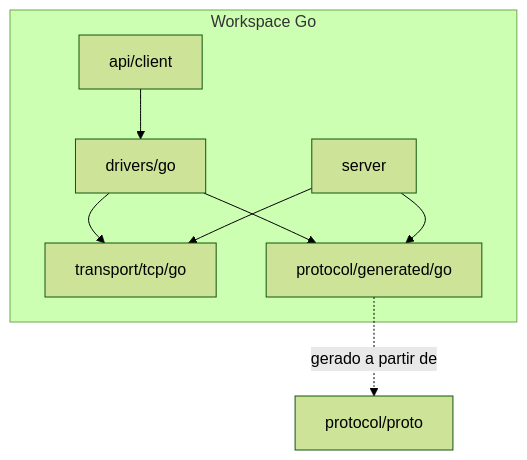
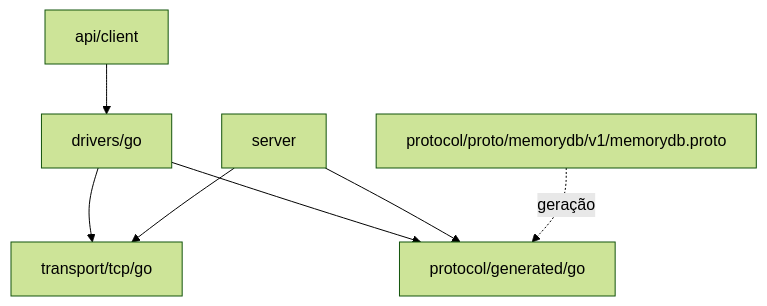
One commit to pescador95/memorydb changed the first of 3 diagrams in docs/tecnica/ARQUITETURA.md. Above: the diagram before and after it, drawn with Mermaid (forest theme). The commit also changed other lines of this file and 4 other files, not shown here.

````diff
--- a/docs/tecnica/ARQUITETURA.md
+++ b/docs/tecnica/ARQUITETURA.md
@@ -28,19 +42,12 @@
 ```mermaid
-flowchart TB
-    subgraph Workspace["Workspace Go"]
-        API["api/client"]
-        Driver["drivers/go"]
-        Server["server"]
-        TCP["transport/tcp/go"]
-        Proto["protocol/generated/go"]
-    end
+flowchart TD
+    API["api/client"] --> Driver["drivers/go"]
+    Driver --> TCP["transport/tcp/go"]
+    Driver --> Generated["protocol/generated/go"]
 
-    Schema["protocol/proto"]
+    Server["server"] --> TCP
+    Server --> Generated
 
-    API --> Driver
-    Driver --> TCP
-    Driver --> Proto
-    Server --> TCP
-    Server --> Proto
-    Proto -. gerado a partir de .-> Schema
+    Schema["protocol/proto/memorydb/v1/memorydb.proto"]
+    Schema -. geração .-> Generated
 ```
````
